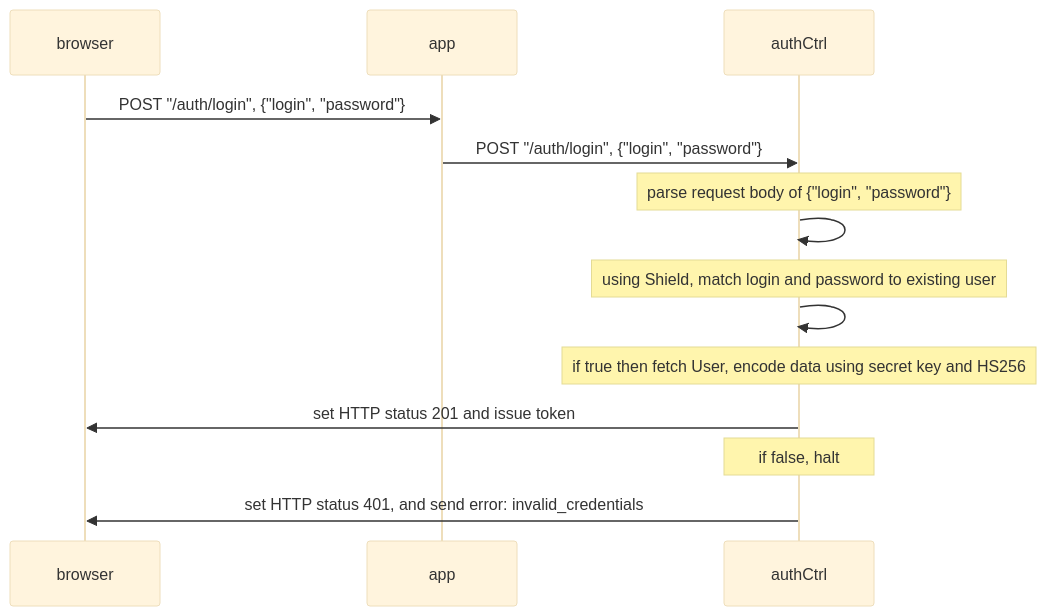
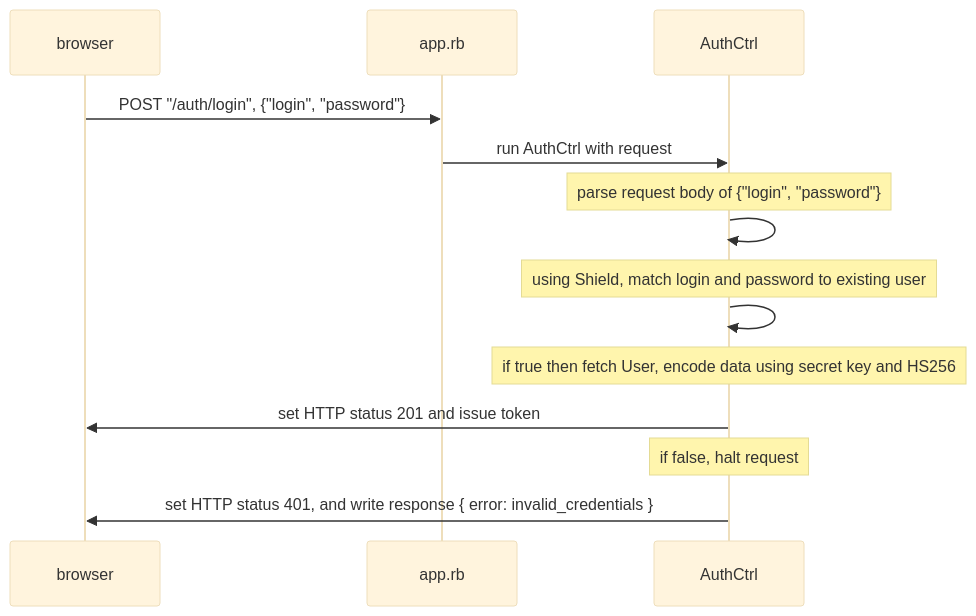
Before and after one commit to frankmeza/brasil: the first of 4 diagrams in auth_flow.md, drawn with Mermaid (base theme). The commit also changed other lines of this file, not shown here.

Commit message:
add more diagrams for user controller

````diff
--- a/auth_flow.md
+++ b/auth_flow.md
@@ -5,18 +6,18 @@
 ```mermaid
 sequenceDiagram
 participant B as browser
-participant A as app
-participant Au as authCtrl
+participant A as app.rb
+participant Au as AuthCtrl
 
 B ->> A: POST "/auth/login", {"login", "password"}
-A ->> Au: POST "/auth/login", {"login", "password"}
+A ->> Au: run AuthCtrl with request
 Note over Au: parse request body of {"login", "password"}
 Au ->> Au: 
 Note over Au: using Shield, match login and password to existing user
 Au ->> Au: 
 Note over Au: if true then fetch User, encode data using secret key and HS256
 Au ->> B: set HTTP status 201 and issue token
 
-Note over Au: if false, halt
-Au ->> B: set HTTP status 401, and send error: invalid_credentials
+Note over Au: if false, halt request
+Au ->> B: set HTTP status 401, and write response { error: invalid_credentials }
 ```
````
